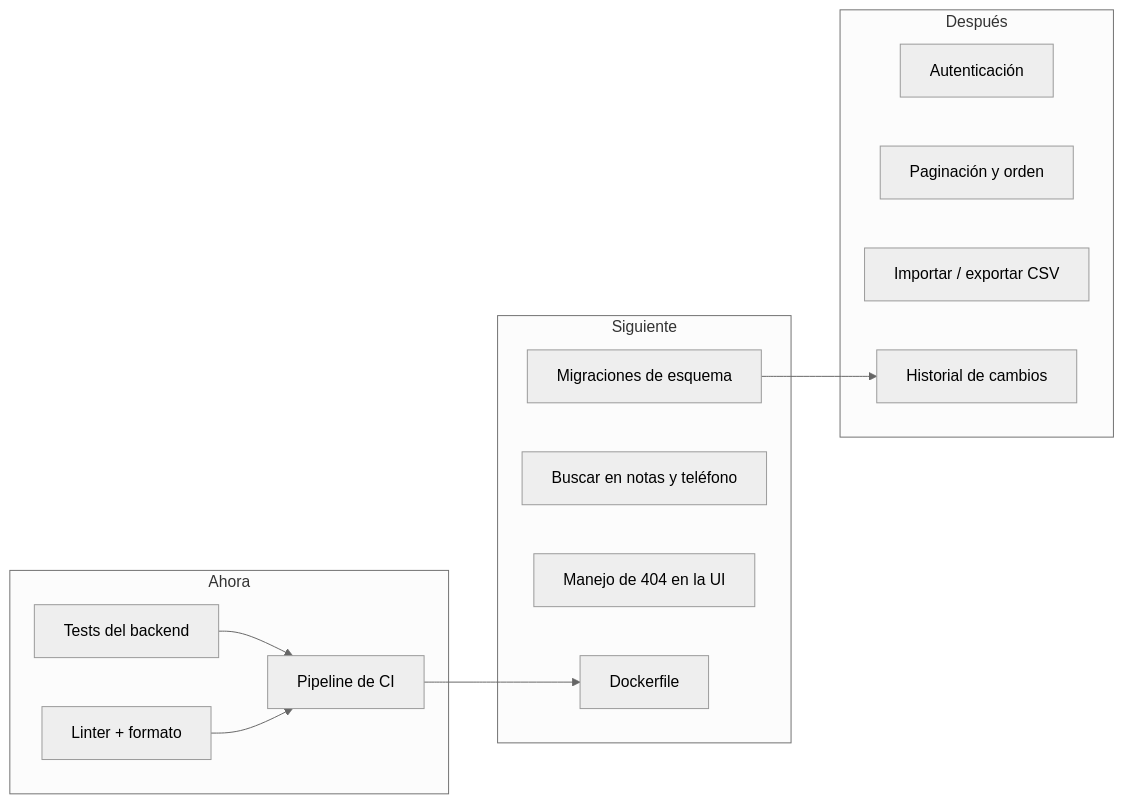
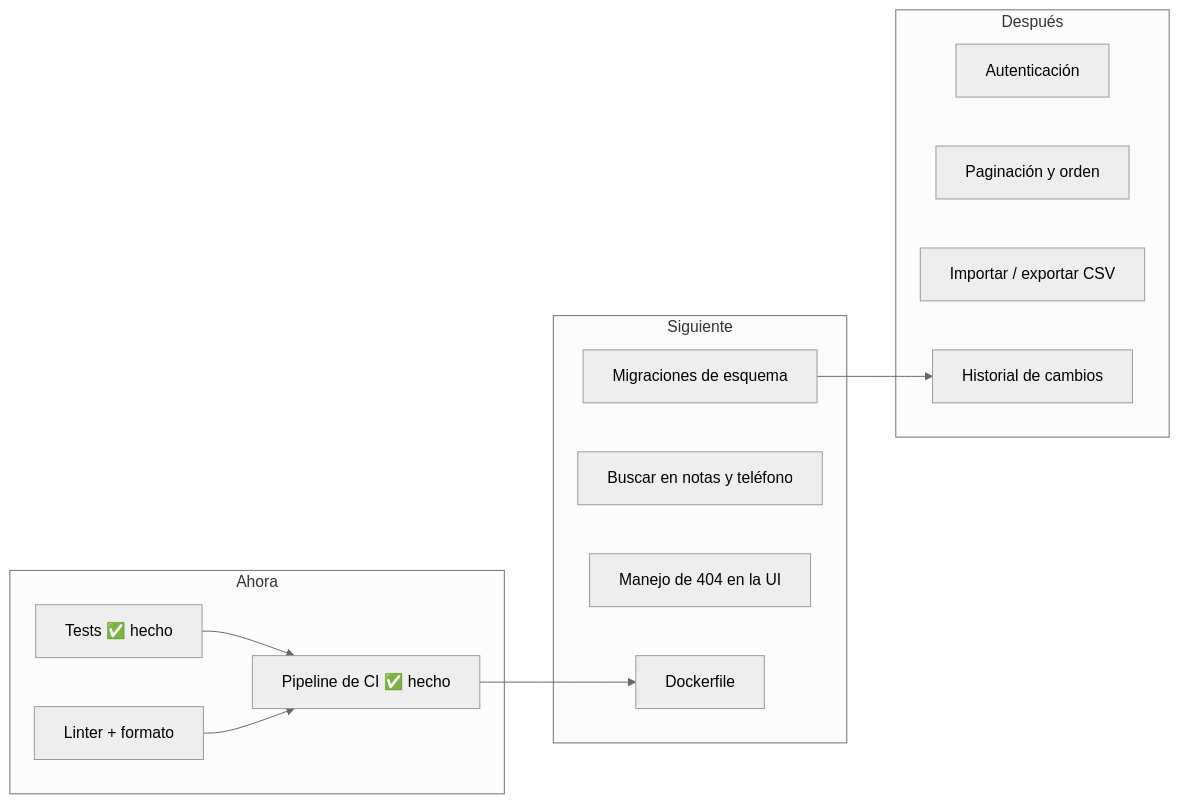
One commit to godie007/exampleCICD changed the diagram in obsidian-vault/01-Negocio/Roadmap y backlog.md. Above: the diagram before and after it, drawn with Mermaid (neutral theme). The commit also changed other lines of this file and 7 other files, not shown here.

````diff
--- a/obsidian-vault/01-Negocio/Roadmap y backlog.md
+++ b/obsidian-vault/01-Negocio/Roadmap y backlog.md
@@ -11,23 +11,23 @@
 ```mermaid
 graph LR
-    subgraph Ahora
-        A1["Tests del backend"]
-        A2["Pipeline de CI"]
+    subgraph "Ahora"
+        A1["Tests ✅ hecho"]
+        A2["Pipeline de CI ✅ hecho"]
         A3["Linter + formato"]
     end
     subgraph Siguiente
         B1["Migraciones de esquema"]
         B2["Buscar en notas y teléfono"]
         B3["Manejo de 404 en la UI"]
         B4["Dockerfile"]
     end
     subgraph Después
         C1["Autenticación"]
         C2["Paginación y orden"]
         C3["Importar / exportar CSV"]
         C4["Historial de cambios"]
     end
     A1 --> A2 --> B4
     A3 --> A2
     B1 --> C4
 ```
````
